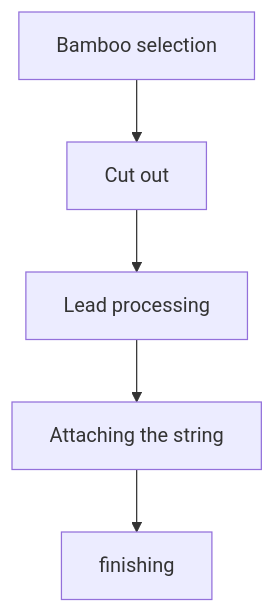
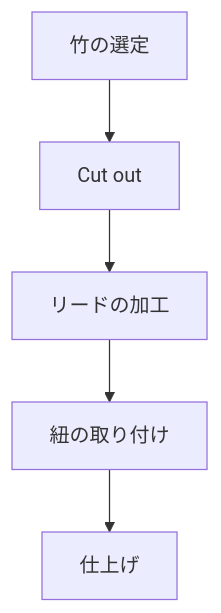
One commit to monumental-movement/monumental-movement.github.io changed the second of 3 diagrams in en/_posts/2026-03-22-column-mukkuri.md. Above: the diagram before and after it, drawn with Mermaid. The commit also changed other lines of this file and 2196 other files, not shown here.

```diff
--- a/en/_posts/2026-03-22-column-mukkuri.md
+++ b/en/_posts/2026-03-22-column-mukkuri.md
@@ -90,7 +89,7 @@
 <div class="mermaid">
 graph TD
-A[Bamboo selection] --> B[Cut out]
-B --> C[Lead processing]
-C --> D[Attaching the string]
-D --> E[finishing]
+A[竹の選定] --> B[Cut out]
+B --> C[リードの加工]
+C --> D[紐の取り付け]
+D --> E[仕上げ]
 </div>
```
